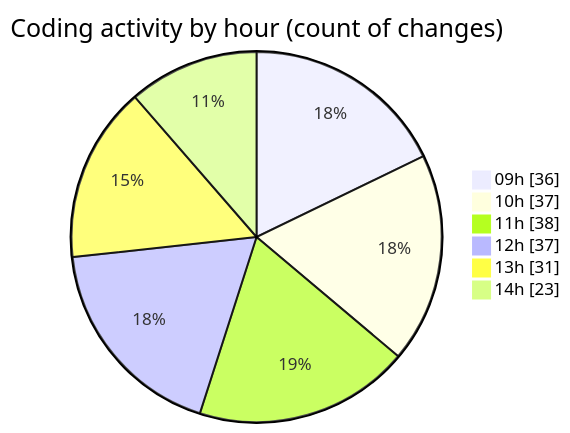
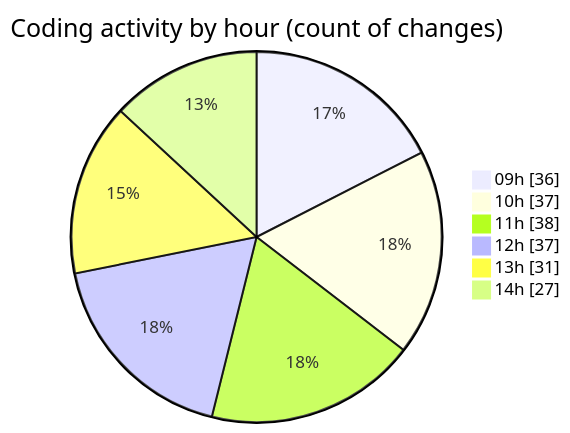
Before and after one commit to momahboobian/code-tracking: the second of 2 diagrams in 2026-04-16/cda/README.md, drawn with Mermaid. The commit also changed other lines of this file and 1 other file, not shown here.

````diff
--- a/2026-04-16/cda/README.md
+++ b/2026-04-16/cda/README.md
@@ -32,10 +32,10 @@
 ```mermaid
 pie showData
 title Coding activity by hour (count of changes)
 "09h" : 36
 "10h" : 37
 "11h" : 38
 "12h" : 37
 "13h" : 31
-"14h" : 23
+"14h" : 27
 ```
````
